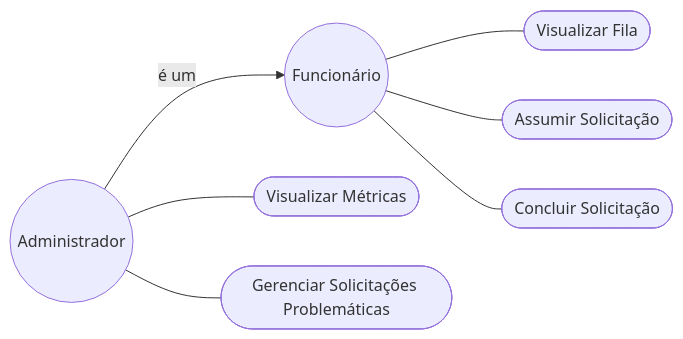
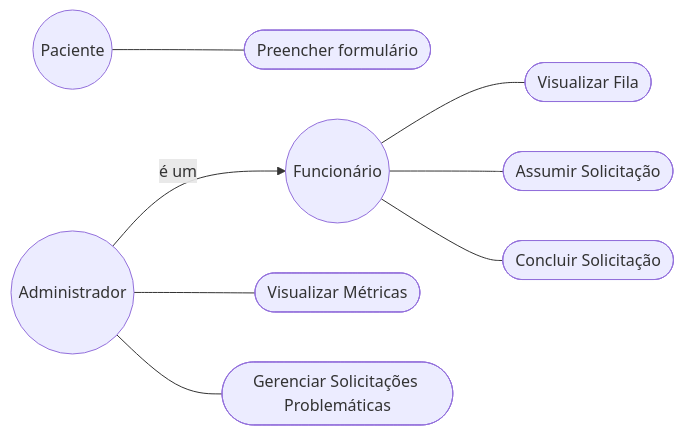
The first of 2 diagrams in docs/spec/03-casos-de-uso.md (lgns-cin/marcacao-hc), drawn with Mermaid before and after one commit. The commit also changed other lines of this file, not shown here.

Commit message:
docs: adiciona caso de uso do formulário

````diff
--- a/docs/spec/03-casos-de-uso.md
+++ b/docs/spec/03-casos-de-uso.md
@@ -4,22 +4,26 @@
 ```mermaid
 flowchart LR
-
     F((Funcionário))
     A((Administrador))
+    P((Paciente))
 
     A -->|é um| F
+
+    PUC([Preencher formulário])
 
     UC1([Visualizar Fila])
     UC2([Assumir Solicitação])
     UC3([Concluir Solicitação])
 
     UC4([Visualizar Métricas])
     UC5([Gerenciar Solicitações Problemáticas])
 
     F --- UC1
     F --- UC2
     F --- UC3
 
     A --- UC4
     A --- UC5
+
+    P --- PUC
 ```
````
